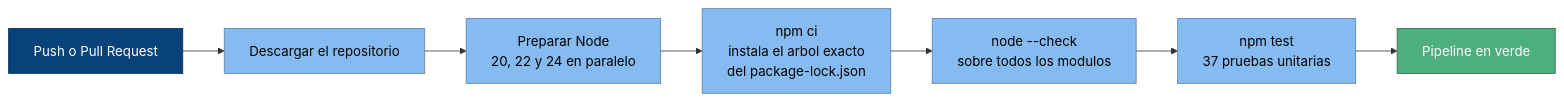
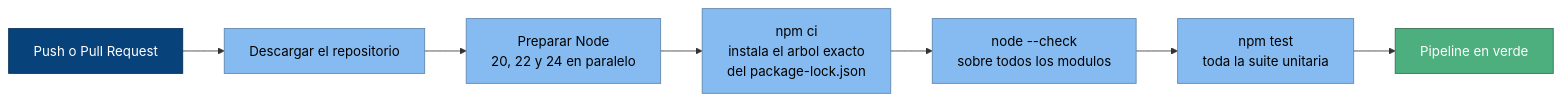
One commit to Robertotec2/MangaView changed the diagram in ADR-08-Roberto.md. Above: the diagram before and after it, drawn with Mermaid. The commit also changed 4 other files, not shown here.

First line of the commit message:
docs: registrar el ADR-09 y actualizar los diagramas al estado real

````diff
--- a/ADR-08-Roberto.md
+++ b/ADR-08-Roberto.md
@@ -71,16 +71,16 @@
 ```mermaid
 flowchart LR
     push["Push o Pull Request"] --> checkout["Descargar el repositorio"]
     checkout --> node["Preparar Node<br/>20, 22 y 24 en paralelo"]
     node --> ci["npm ci<br/>instala el arbol exacto<br/>del package-lock.json"]
     ci --> check["node --check<br/>sobre todos los modulos"]
-    check --> test["npm test<br/>37 pruebas unitarias"]
+    check --> test["npm test<br/>toda la suite unitaria"]
     test --> verde["Pipeline en verde"]
 
     classDef paso fill:#85bbf0,stroke:#5d82a8,color:#000000
     classDef inicio fill:#08427b,stroke:#052e56,color:#ffffff
     classDef fin fill:#4caf7d,stroke:#2e6b4d,color:#ffffff
     class checkout,node,ci,check,test paso
     class push inicio
     class verde fin
 ```
````
